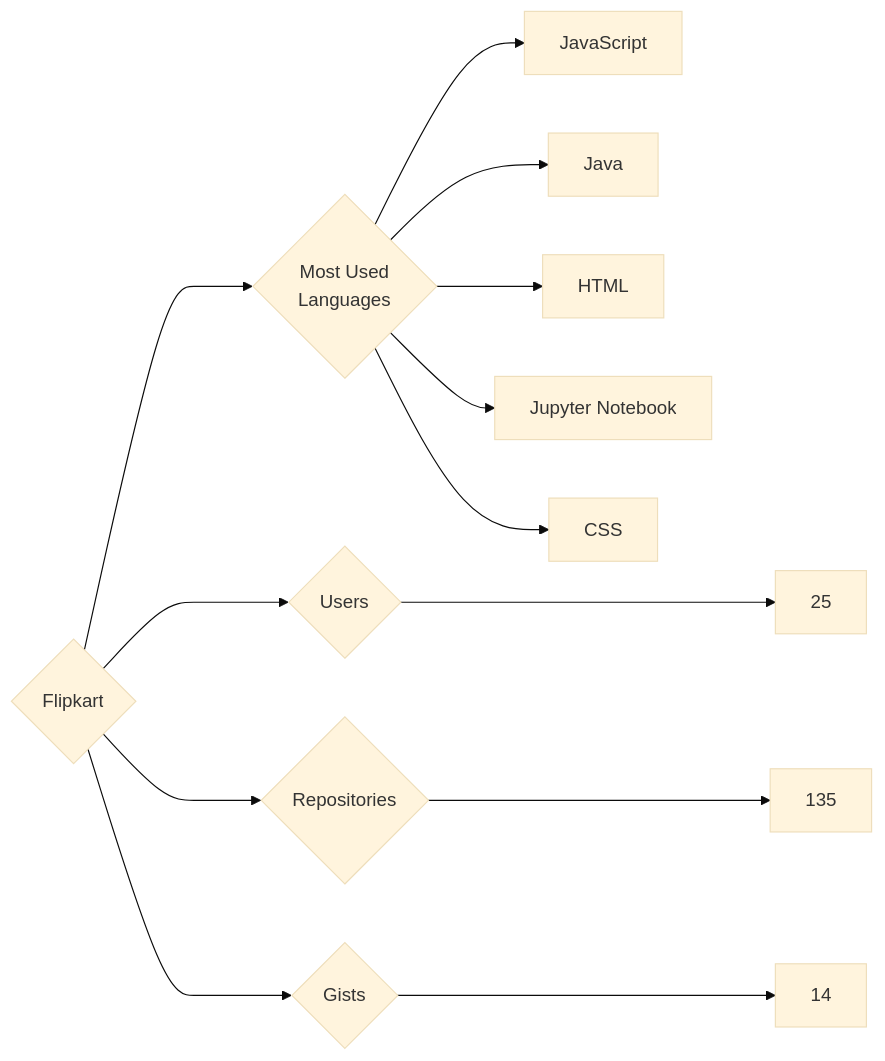
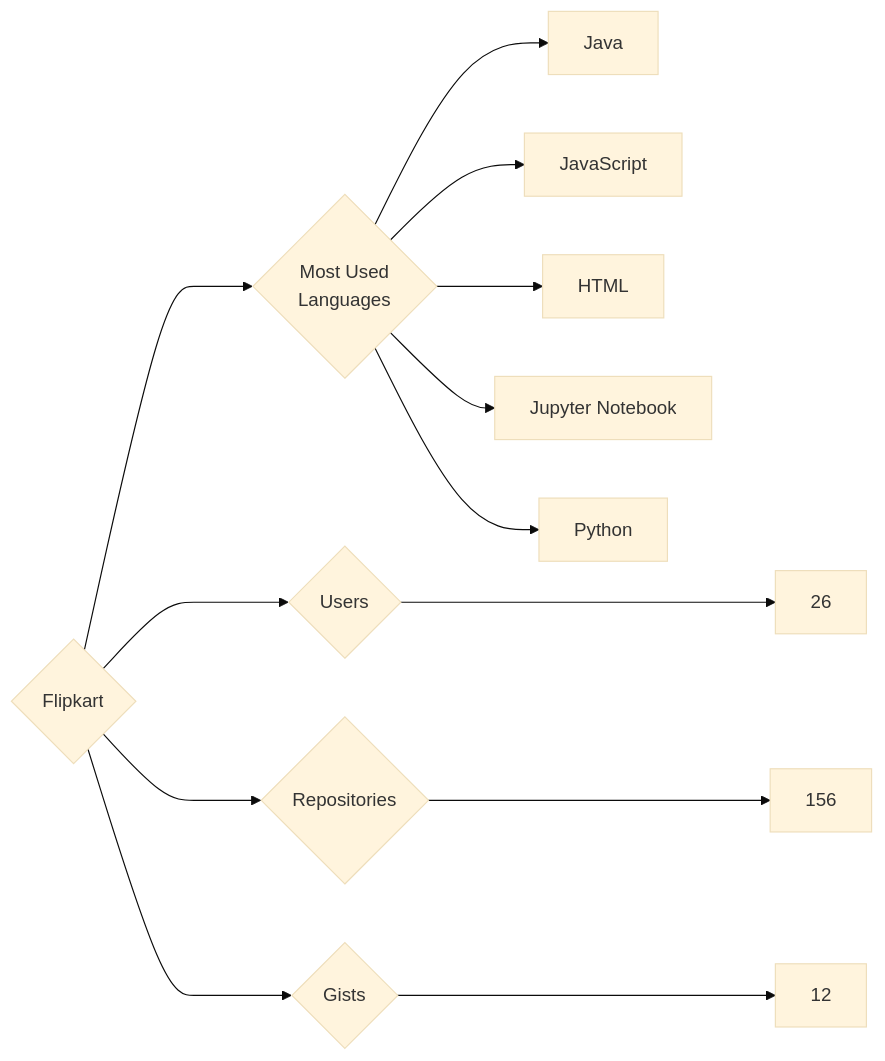
One commit to trickest/insiders changed the diagram in targets/Flipkart/README.md. Above: the diagram before and after it, drawn with Mermaid (base theme). The commit also changed 633 other files, not shown here.

````diff
--- a/targets/Flipkart/README.md
+++ b/targets/Flipkart/README.md
@@ -3,13 +3,13 @@
 ```mermaid
 graph LR
 COMPANY_NAME{Flipkart}
-COMPANY_NAME ---> U{Users} ---> UN[25]
-COMPANY_NAME ---> R{Repositories} ---> RN[135]
-COMPANY_NAME ---> G{Gists} ---> GN[14]
+COMPANY_NAME ---> U{Users} ---> UN[26]
+COMPANY_NAME ---> R{Repositories} ---> RN[156]
+COMPANY_NAME ---> G{Gists} ---> GN[12]
 COMPANY_NAME ---> ML{Most Used<br>Languages}
+ML --> Java[Java]
 ML --> JavaScript[JavaScript]
-ML --> Java[Java]
 ML --> HTML[HTML]
 ML --> Jupyter_Notebook[Jupyter Notebook]
-ML --> CSS[CSS]
+ML --> Python[Python]
 ```
````
